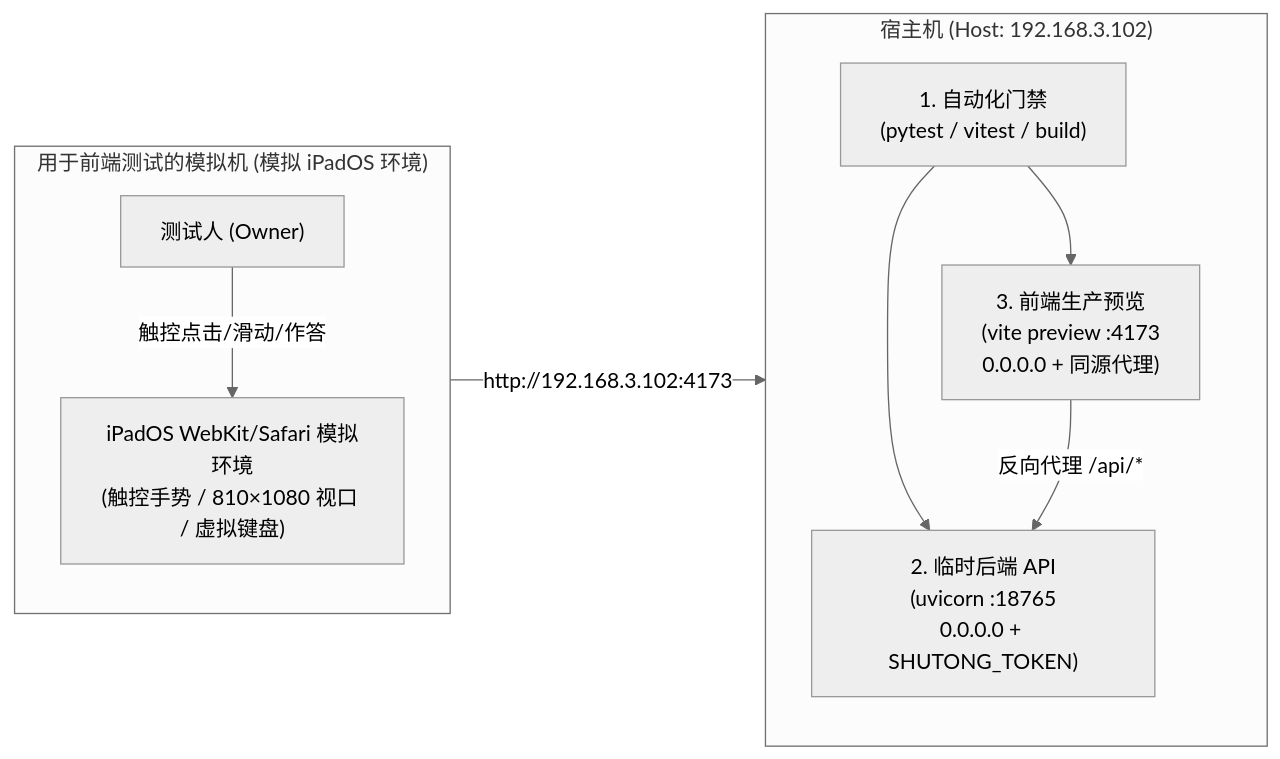
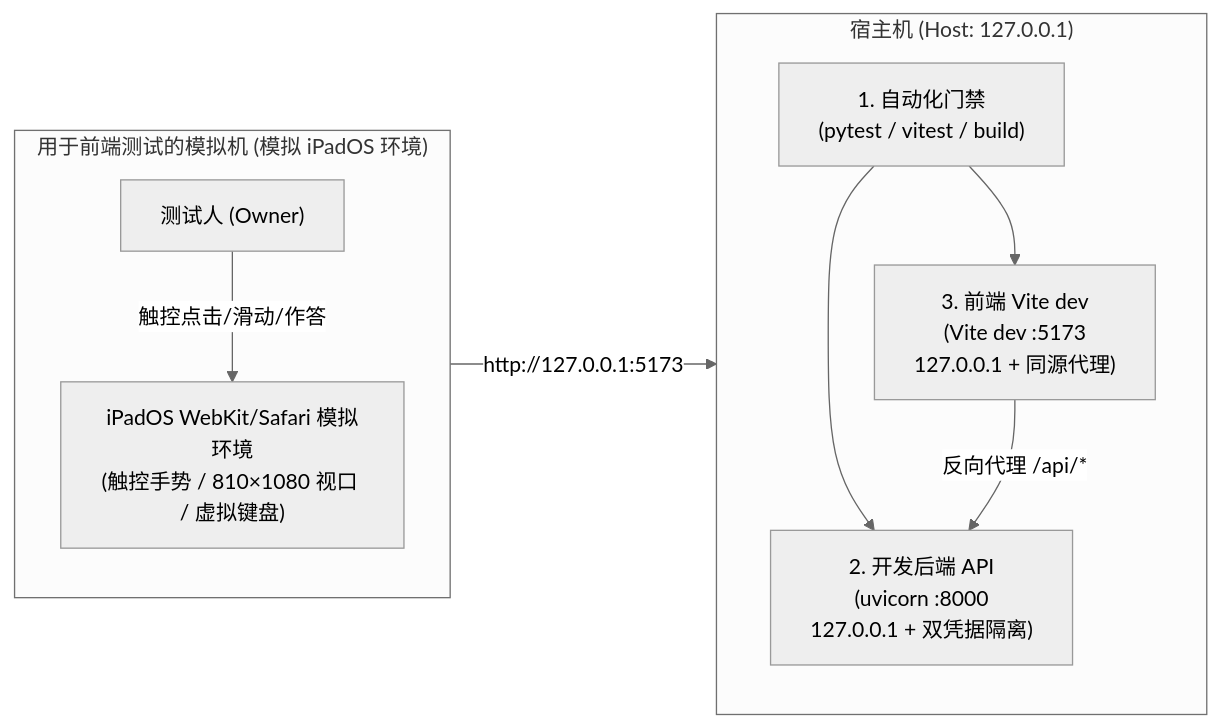
The diagram in docs/assets/diagrams/manual-acceptance-topology.mmd (xman900719/pageboy), drawn with Mermaid (neutral theme) before and after one commit. The commit also changed 79 other files, not shown here.

```diff
--- a/docs/assets/diagrams/manual-acceptance-topology.mmd
+++ b/docs/assets/diagrams/manual-acceptance-topology.mmd
@@ -1,19 +1,19 @@
 flowchart LR
-    subgraph Host["宿主机 (Host: 192.168.3.102)"]
+    subgraph Host["宿主机 (Host: 127.0.0.1)"]
         direction TB
         Build["1. 自动化门禁<br/>(pytest / vitest / build)"]
-        Backend["2. 临时后端 API<br/>(uvicorn :18765<br/>0.0.0.0 + SHUTONG_TOKEN)"]
-        Frontend["3. 前端生产预览<br/>(vite preview :4173<br/>0.0.0.0 + 同源代理)"]
+        Backend["2. 开发后端 API<br/>(uvicorn :8000<br/>127.0.0.1 + 双凭据隔离)"]
+        Frontend["3. 前端 Vite dev<br/>(Vite dev :5173<br/>127.0.0.1 + 同源代理)"]
         Build --> Backend
         Build --> Frontend
     end
 
     subgraph Sim["用于前端测试的模拟机 (模拟 iPadOS 环境)"]
         direction TB
         Browser["iPadOS WebKit/Safari 模拟环境<br/>(触控手势 / 810×1080 视口 / 虚拟键盘)"]
         Tester["测试人 (Owner)"]
         Tester -->|触控点击/滑动/作答| Browser
     end
 
-    Browser -->|"http://192.168.3.102:4173"| Frontend
+    Browser -->|"http://127.0.0.1:5173"| Frontend
     Frontend -->|"反向代理 /api/*"| Backend
```
